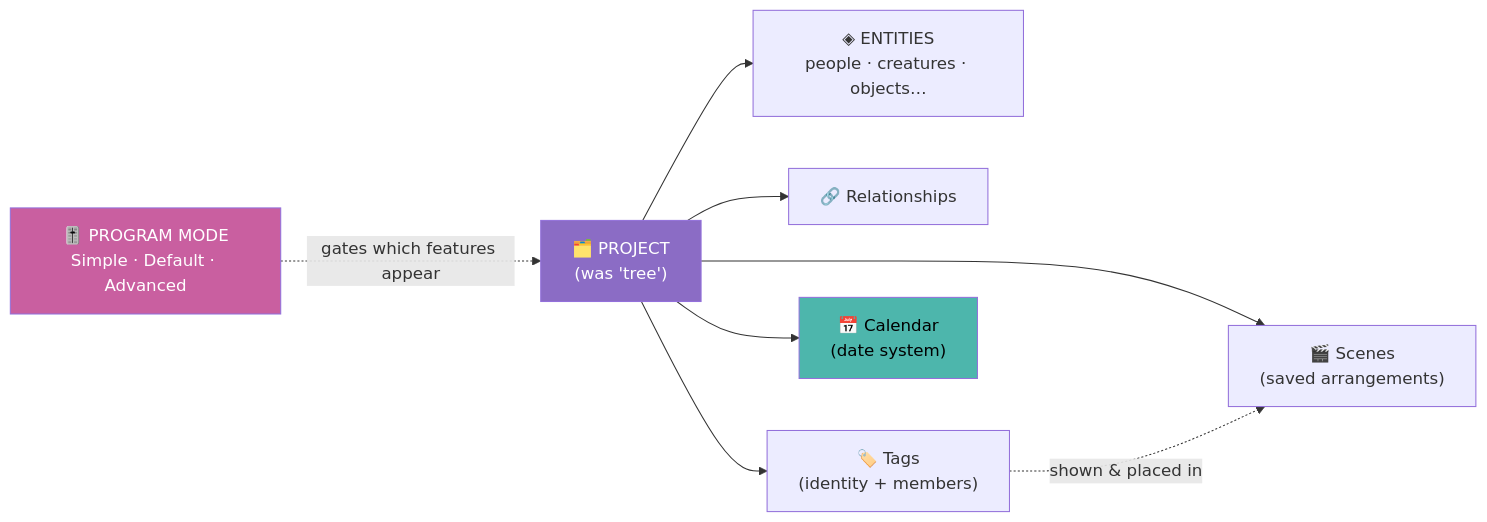
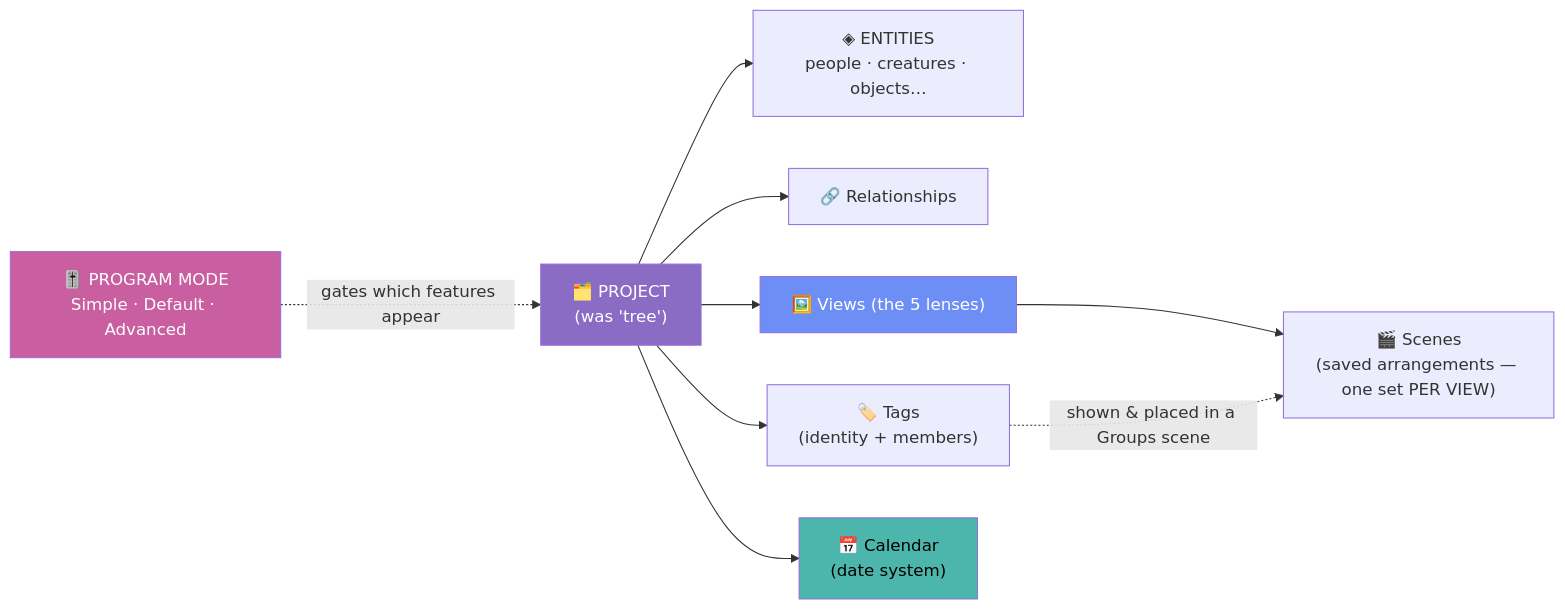
One commit to TommyChan6/ModernFamilyTree changed the first of 16 diagrams in docs/temp-client-structure.md. Above: the diagram before and after it, drawn with Mermaid. The commit also changed other lines of this file, not shown here.

````diff
--- a/docs/temp-client-structure.md
+++ b/docs/temp-client-structure.md
@@ -16,13 +16,15 @@
 ```mermaid
 flowchart LR
     P["🗂️ PROJECT<br/>(was 'tree')"] --> E["◈ ENTITIES<br/>people · creatures · objects…"]
     P --> R["🔗 Relationships"]
     P --> T["🏷️ Tags<br/>(identity + members)"]
-    P --> SC["🎬 Scenes<br/>(saved arrangements)"]
+    P --> V["🖼️ Views (the 5 lenses)"]
+    V --> SC["🎬 Scenes<br/>(saved arrangements — one set PER VIEW)"]
     P --> CAL["📅 Calendar<br/>(date system)"]
-    T -. "shown & placed in" .-> SC
+    T -. "shown & placed in a Groups scene" .-> SC
+    style V fill:#6c8ef5,color:#fff
     MODE["🎚️ PROGRAM MODE<br/>Simple · Default · Advanced"] -. "gates which features appear" .-> P
     style P fill:#8b6cc5,color:#fff
     style MODE fill:#c95fa0,color:#fff
     style CAL fill:#4db6ac,color:#000
 ```
````
